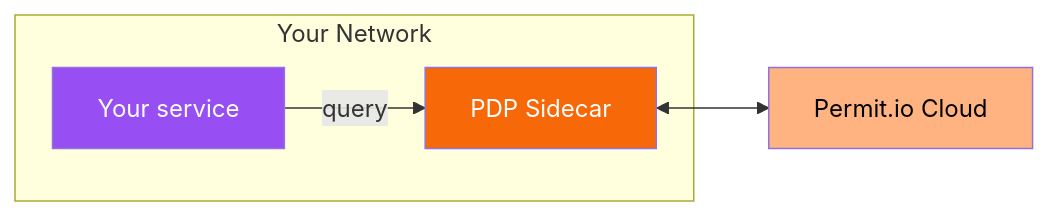
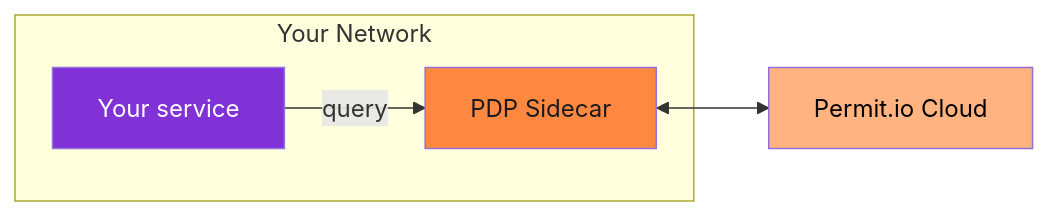
The first of 3 diagrams in docs/concepts/pdp/overview.mdx (permitio/docs), drawn with Mermaid before and after one commit. The commit also changed other lines of this file and 528 other files, not shown here.

````diff
--- a/docs/concepts/pdp/overview.mdx
+++ b/docs/concepts/pdp/overview.mdx
@@ -264,14 +265,14 @@
 ```mermaid
 flowchart LR
     subgraph Your Network
         pdp[PDP Sidecar]
         app[Your service] -- query --> pdp
     end
 
     cloud[Permit.io Cloud]
     pdp <--> cloud
 
     style cloud fill:#ffb381,color:#000;
-    style app fill:#974ef2,color:#fff;
-    style pdp fill:#f76808,color:#fff;
+    style app fill:#8132d7,color:#fff;
+    style pdp fill:#ff8841,color:#1a1a1f;
 ```
````
